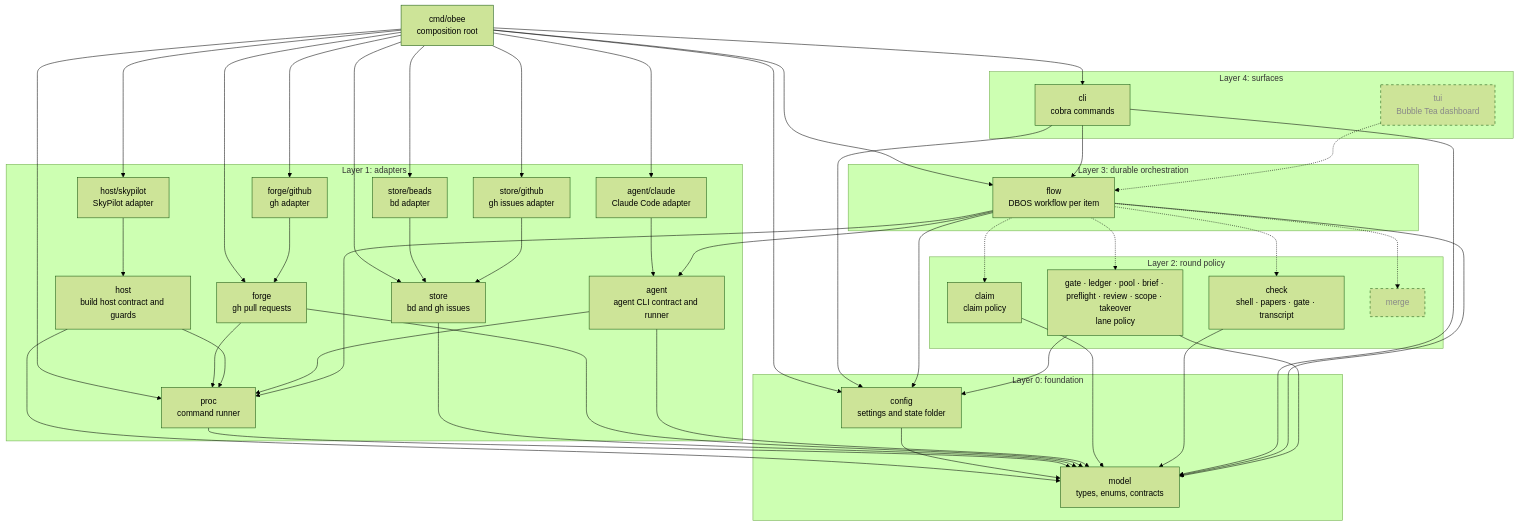
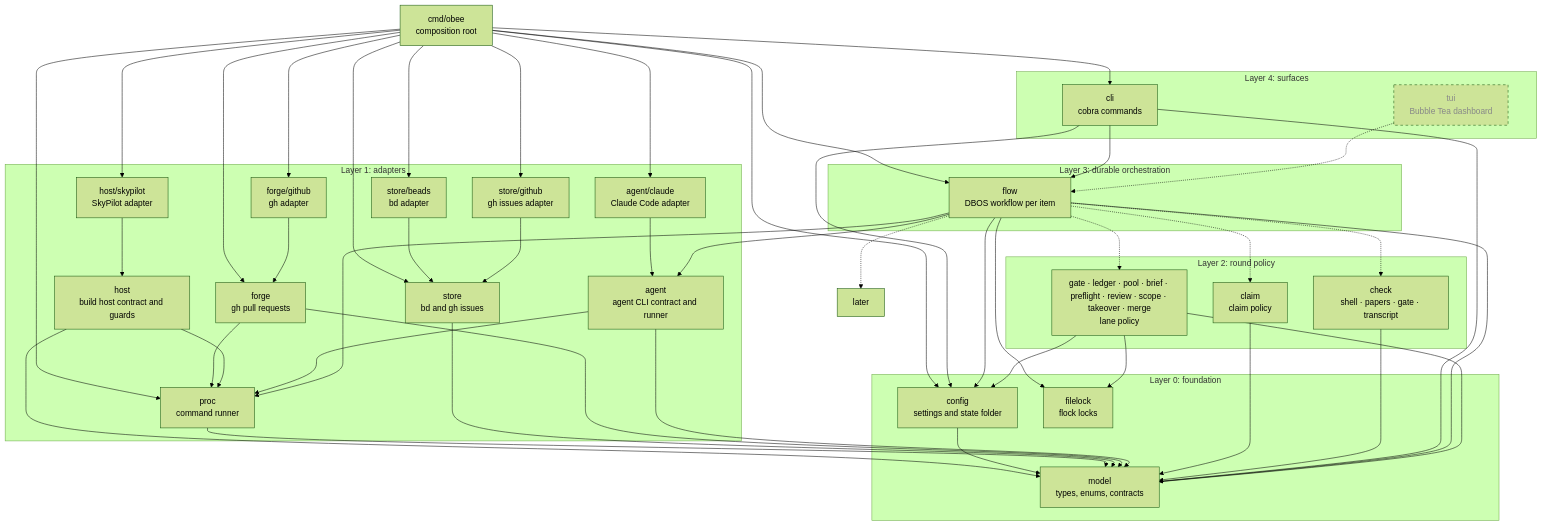
The first of 3 diagrams in docs/architecture.md (tobocop2/beehave), drawn with Mermaid (forest theme) before and after one commit. The commit also changed other lines of this file and 38 other files, not shown here.

```diff
--- a/docs/architecture.md
+++ b/docs/architecture.md
@@ -24,8 +24,7 @@
     subgraph L2["Layer 2: round policy"]
         claim["claim<br/>claim policy"]
         check["check<br/>shell · papers · gate · transcript"]
-        policy["gate · ledger · pool · brief · preflight · review · scope · takeover<br/>lane policy"]
-        later["merge"]:::planned
+        policy["gate · ledger · pool · brief · preflight · review · scope · takeover · merge<br/>lane policy"]
     end
 
     subgraph L1["Layer 1: adapters"]
@@ -44,6 +43,7 @@
     subgraph L0["Layer 0: foundation"]
         config["config<br/>settings and state folder"]
         model["model<br/>types, enums, contracts"]
+        filelock["filelock<br/>flock locks"]
     end
 
     main --> cli
@@ -81,6 +81,8 @@
     flow --> config
     flow --> proc
     flow --> model
+    flow --> filelock
+    policy --> filelock
 
     tui -.-> flow
     flow -.-> claim
```
